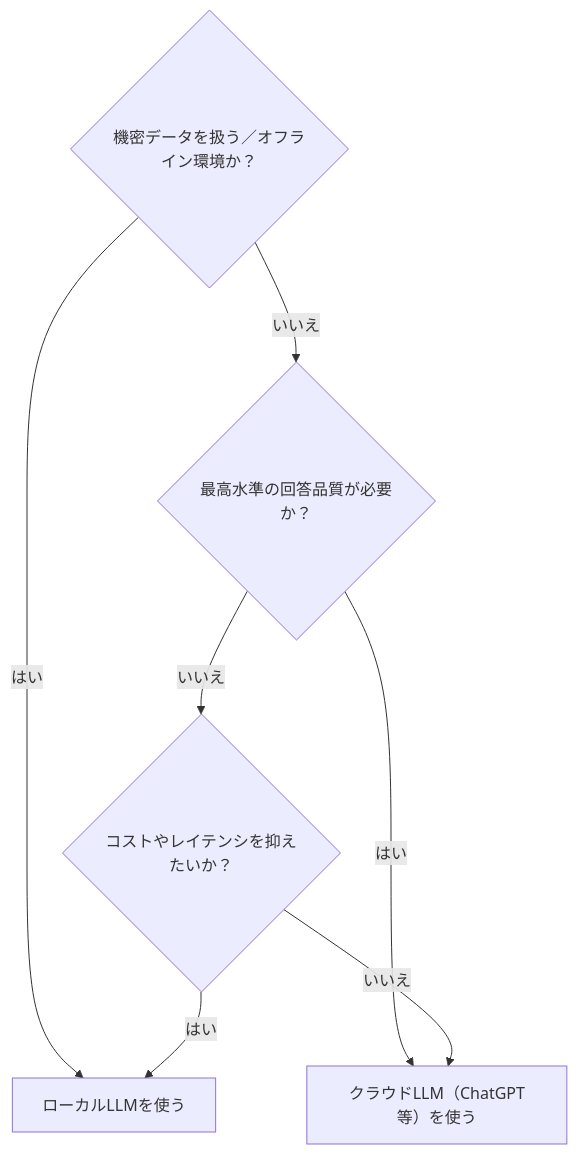
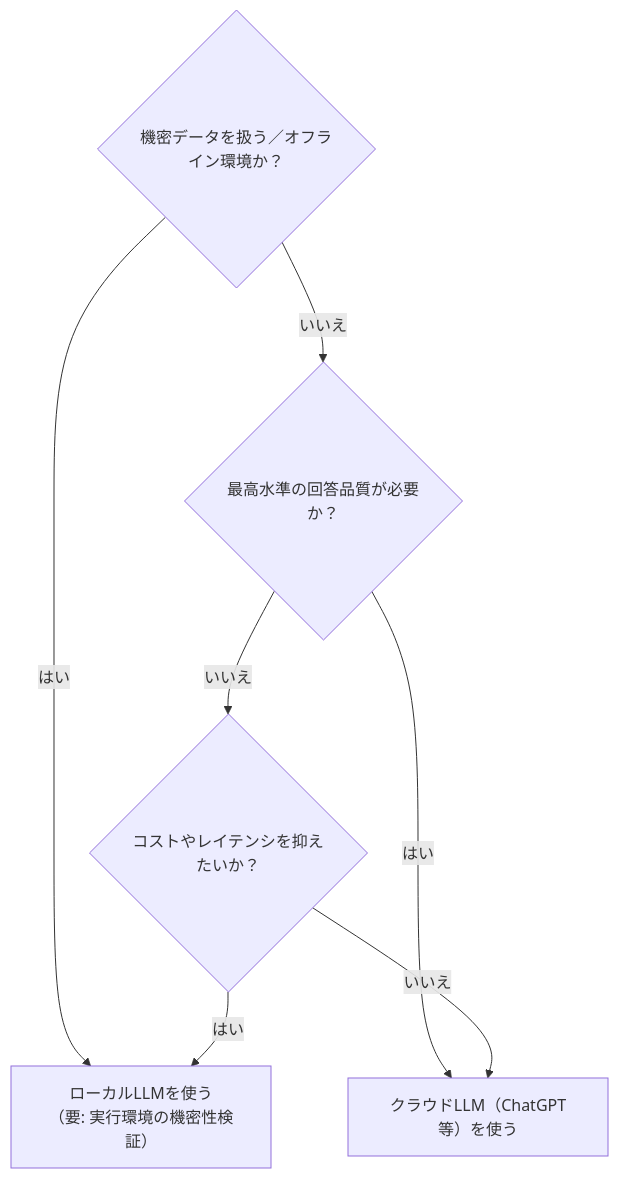
The eighth of 9 diagrams in AI-Powered-Developer.md (myoshi2891/Comparison-of-LLMs), drawn with Mermaid before and after one commit. The commit also changed other lines of this file, not shown here.

````diff
--- a/AI-Powered-Developer.md
+++ b/AI-Powered-Developer.md
@@ -377,9 +377,9 @@
 ```mermaid
 flowchart TB
-    Q1{"機密データを扱う／オフライン環境か？"} -->|はい| LOCAL["ローカルLLMを使う"]
+    Q1{"機密データを扱う／オフライン環境か？"} -->|はい| LOCAL["ローカルLLMを使う<br/>（要: 実行環境の機密性検証）"]
     Q1 -->|いいえ| Q2{"最高水準の回答品質が必要か？"}
     Q2 -->|はい| CLOUD["クラウドLLM（ChatGPT等）を使う"]
     Q2 -->|いいえ| Q3{"コストやレイテンシを抑えたいか？"}
     Q3 -->|はい| LOCAL
     Q3 -->|いいえ| CLOUD
 ```
````
